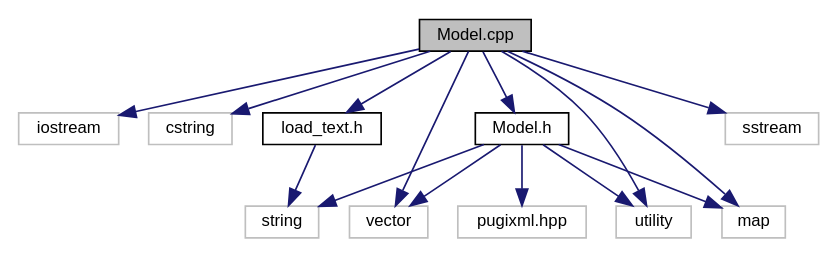
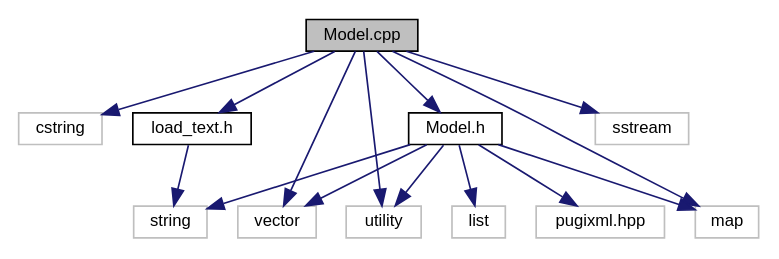
One commit to Simply-Ian/silentwater changed the diagram in Docs/_model_8cpp__incl.dot. Above: the diagram before and after it, drawn with Graphviz. The commit also changed 160 other files, not shown here.

```diff
--- a/Docs/_model_8cpp__incl.dot
+++ b/Docs/_model_8cpp__incl.dot
@@ -1,31 +1,31 @@
 digraph "Model.cpp"
 {
  // LATEX_PDF_SIZE
   edge [fontname="Helvetica",fontsize="10",labelfontname="Helvetica",labelfontsize="10"];
   node [fontname="Helvetica",fontsize="10",shape=record];
   Node1 [label="Model.cpp",height=0.2,width=0.4,color="black", fillcolor="grey75", style="filled", fontcolor="black",tooltip=" "];
   Node1 -> Node2 [color="midnightblue",fontsize="10",style="solid",fontname="Helvetica"];
-  Node2 [label="iostream",height=0.2,width=0.4,color="grey75", fillcolor="white", style="filled",tooltip=" "];
+  Node2 [label="cstring",height=0.2,width=0.4,color="grey75", fillcolor="white", style="filled",tooltip=" "];
   Node1 -> Node3 [color="midnightblue",fontsize="10",style="solid",fontname="Helvetica"];
-  Node3 [label="cstring",height=0.2,width=0.4,color="grey75", fillcolor="white", style="filled",tooltip=" "];
-  Node1 -> Node4 [color="midnightblue",fontsize="10",style="solid",fontname="Helvetica"];
-  Node4 [label="load_text.h",height=0.2,width=0.4,color="black", fillcolor="white", style="filled",URL="$load__text_8h.html",tooltip=" "];
-  Node4 -> Node5 [color="midnightblue",fontsize="10",style="solid",fontname="Helvetica"];
-  Node5 [label="string",height=0.2,width=0.4,color="grey75", fillcolor="white", style="filled",tooltip=" "];
+  Node3 [label="load_text.h",height=0.2,width=0.4,color="black", fillcolor="white", style="filled",URL="$load__text_8h.html",tooltip=" "];
+  Node3 -> Node4 [color="midnightblue",fontsize="10",style="solid",fontname="Helvetica"];
+  Node4 [label="string",height=0.2,width=0.4,color="grey75", fillcolor="white", style="filled",tooltip=" "];
+  Node1 -> Node5 [color="midnightblue",fontsize="10",style="solid",fontname="Helvetica"];
+  Node5 [label="vector",height=0.2,width=0.4,color="grey75", fillcolor="white", style="filled",tooltip=" "];
   Node1 -> Node6 [color="midnightblue",fontsize="10",style="solid",fontname="Helvetica"];
-  Node6 [label="vector",height=0.2,width=0.4,color="grey75", fillcolor="white", style="filled",tooltip=" "];
+  Node6 [label="utility",height=0.2,width=0.4,color="grey75", fillcolor="white", style="filled",tooltip=" "];
   Node1 -> Node7 [color="midnightblue",fontsize="10",style="solid",fontname="Helvetica"];
-  Node7 [label="utility",height=0.2,width=0.4,color="grey75", fillcolor="white", style="filled",tooltip=" "];
+  Node7 [label="map",height=0.2,width=0.4,color="grey75", fillcolor="white", style="filled",tooltip=" "];
   Node1 -> Node8 [color="midnightblue",fontsize="10",style="solid",fontname="Helvetica"];
-  Node8 [label="map",height=0.2,width=0.4,color="grey75", fillcolor="white", style="filled",tooltip=" "];
-  Node1 -> Node9 [color="midnightblue",fontsize="10",style="solid",fontname="Helvetica"];
-  Node9 [label="Model.h",height=0.2,width=0.4,color="black", fillcolor="white", style="filled",URL="$_model_8h.html",tooltip="Определяет классы Fragment, Walker и Model."];
-  Node9 -> Node7 [color="midnightblue",fontsize="10",style="solid",fontname="Helvetica"];
-  Node9 -> Node5 [color="midnightblue",fontsize="10",style="solid",fontname="Helvetica"];
-  Node9 -> Node6 [color="midnightblue",fontsize="10",style="solid",fontname="Helvetica"];
-  Node9 -> Node10 [color="midnightblue",fontsize="10",style="solid",fontname="Helvetica"];
+  Node8 [label="Model.h",height=0.2,width=0.4,color="black", fillcolor="white", style="filled",URL="$_model_8h.html",tooltip="Определяет классы Fragment, Walker и Model."];
+  Node8 -> Node6 [color="midnightblue",fontsize="10",style="solid",fontname="Helvetica"];
+  Node8 -> Node4 [color="midnightblue",fontsize="10",style="solid",fontname="Helvetica"];
+  Node8 -> Node5 [color="midnightblue",fontsize="10",style="solid",fontname="Helvetica"];
+  Node8 -> Node9 [color="midnightblue",fontsize="10",style="solid",fontname="Helvetica"];
+  Node9 [label="list",height=0.2,width=0.4,color="grey75", fillcolor="white", style="filled",tooltip=" "];
+  Node8 -> Node10 [color="midnightblue",fontsize="10",style="solid",fontname="Helvetica"];
   Node10 [label="pugixml.hpp",height=0.2,width=0.4,color="grey75", fillcolor="white", style="filled",tooltip=" "];
-  Node9 -> Node8 [color="midnightblue",fontsize="10",style="solid",fontname="Helvetica"];
+  Node8 -> Node7 [color="midnightblue",fontsize="10",style="solid",fontname="Helvetica"];
   Node1 -> Node11 [color="midnightblue",fontsize="10",style="solid",fontname="Helvetica"];
   Node11 [label="sstream",height=0.2,width=0.4,color="grey75", fillcolor="white", style="filled",tooltip=" "];
 }
```
